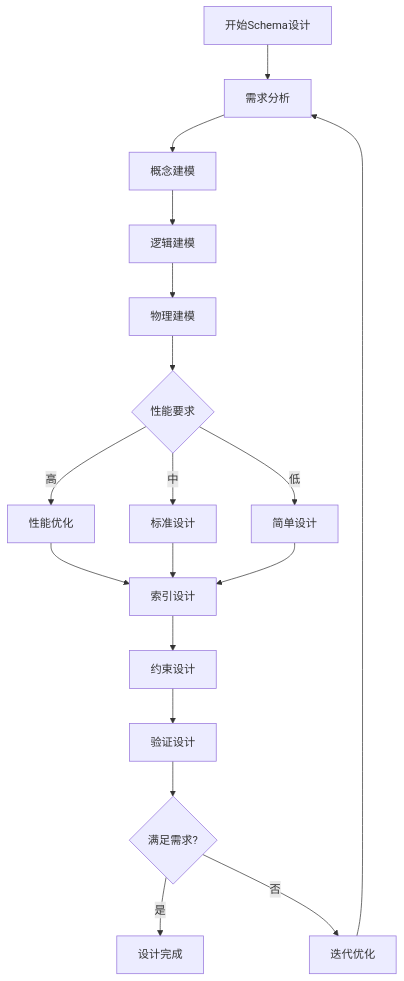
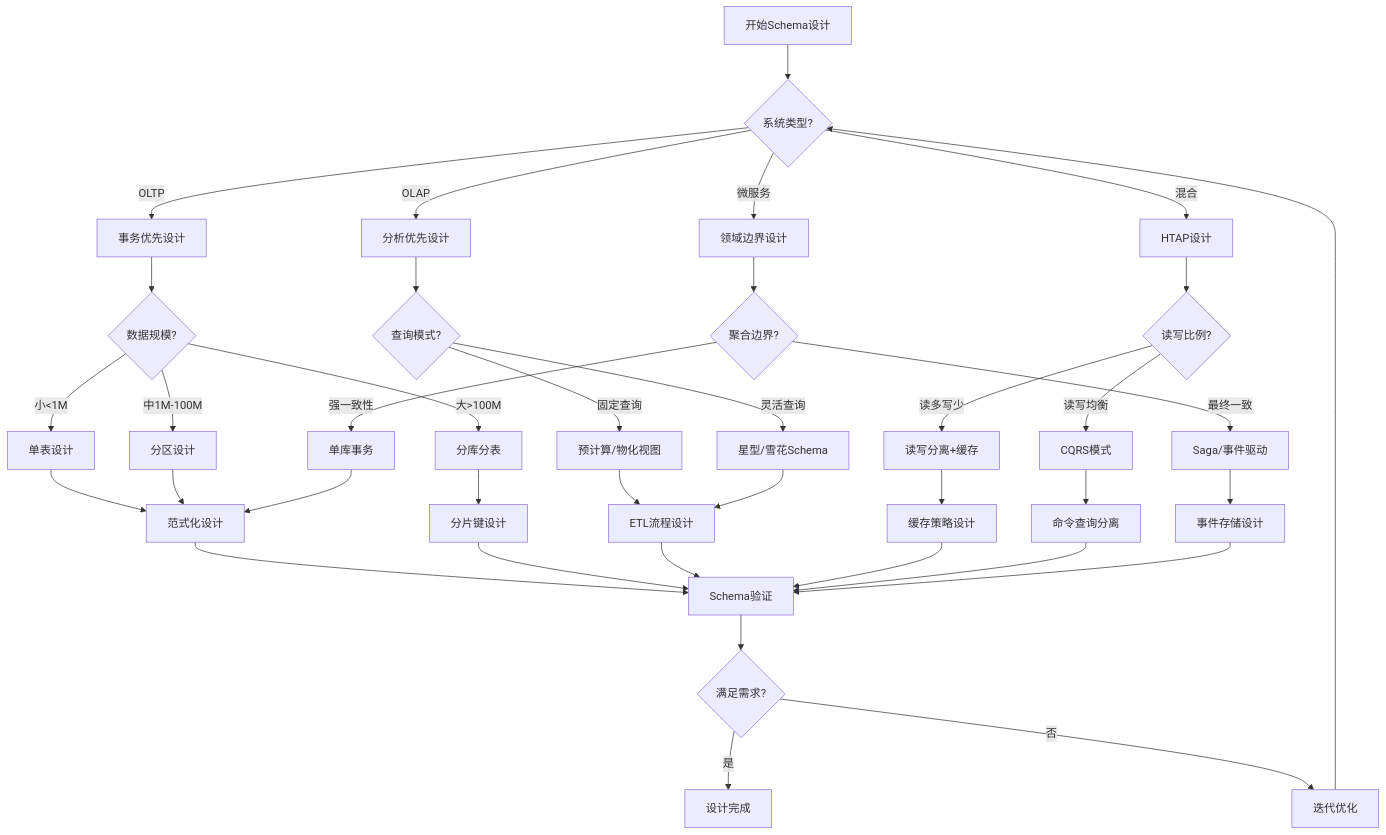
Before and after one commit to AdaMartin18010/Data-Science: the third of 24 diagrams in Design/07-数据库设计实践/07.01-Schema设计方法论.md, drawn with Mermaid. The commit also changed other lines of this file and 55 other files, not shown here.

````diff
--- a/Design/07-数据库设计实践/07.01-Schema设计方法论.md
+++ b/Design/07-数据库设计实践/07.01-Schema设计方法论.md
@@ -61,24 +180,49 @@
 ```mermaid
 flowchart TD
-    A[开始Schema设计] --> B[需求分析]
-    B --> C[概念建模]
-    C --> D[逻辑建模]
-    D --> E[物理建模]
+    A[开始Schema设计] --> B{系统类型?}
 
-    E --> F{性能要求}
-    F -->|高| G[性能优化]
-    F -->|中| H[标准设计]
-    F -->|低| I[简单设计]
+    B -->|OLTP| C[事务优先设计]
+    B -->|OLAP| D[分析优先设计]
+    B -->|混合| E[HTAP设计]
+    B -->|微服务| F[领域边界设计]
 
-    G --> J[索引设计]
-    H --> J
-    I --> J
+    C --> G{数据规模?}
+    D --> H{查询模式?}
+    E --> I{读写比例?}
+    F --> J{聚合边界?}
 
-    J --> K[约束设计]
-    K --> L[验证设计]
+    G -->|小<1M| K[单表设计]
+    G -->|中1M-100M| L[分区设计]
+    G -->|大>100M| M[分库分表]
 
-    L --> M{满足需求?}
-    M -->|是| N[设计完成]
-    M -->|否| O[迭代优化]
-    O --> B
+    H -->|固定查询| N[预计算/物化视图]
+    H -->|灵活查询| O[星型/雪花Schema]
+
+    I -->|读多写少| P[读写分离+缓存]
+    I -->|读写均衡| Q[CQRS模式]
+
+    J -->|强一致性| R[单库事务]
+    J -->|最终一致| S[Saga/事件驱动]
+
+    K --> T[范式化设计]
+    L --> T
+    M --> U[分片键设计]
+    N --> V[ETL流程设计]
+    O --> V
+    P --> W[缓存策略设计]
+    Q --> X[命令查询分离]
+    R --> T
+    S --> Y[事件存储设计]
+
+    T --> Z[Schema验证]
+    U --> Z
+    V --> Z
+    W --> Z
+    X --> Z
+    Y --> Z
+
+    Z --> AA{满足需求?}
+    AA -->|是| AB[设计完成]
+    AA -->|否| AC[迭代优化]
+    AC --> B
 ```
````
